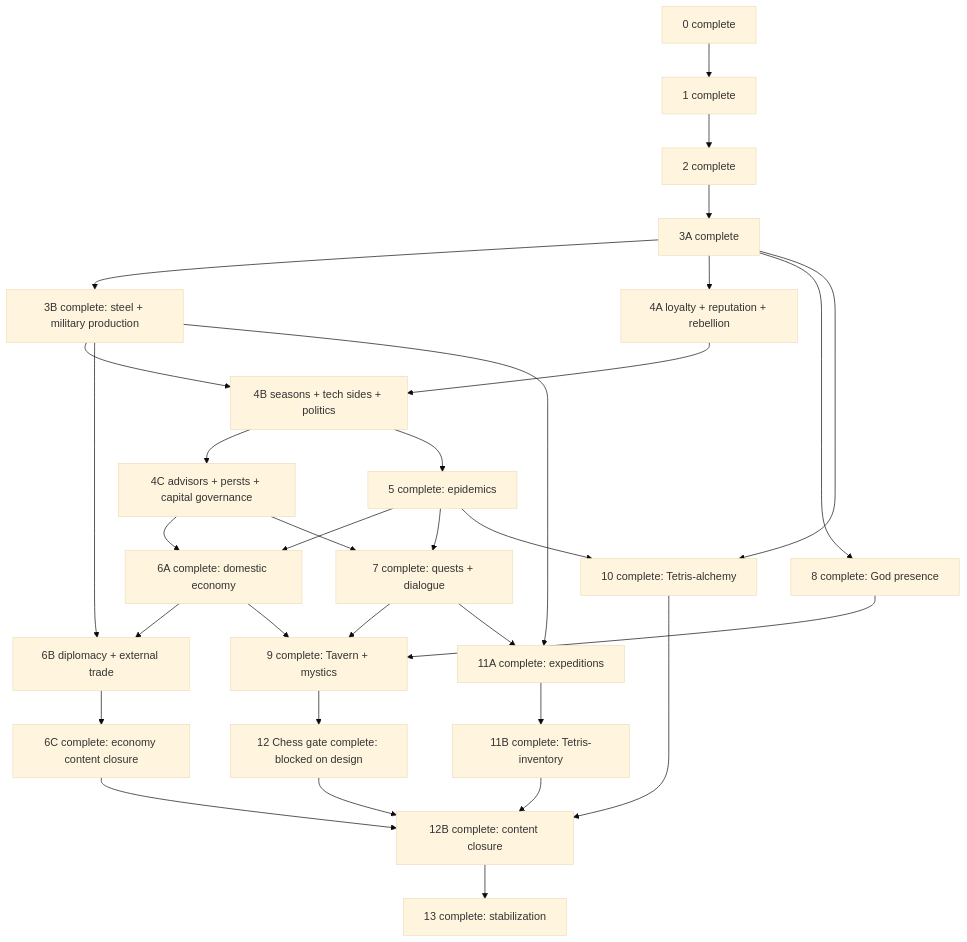
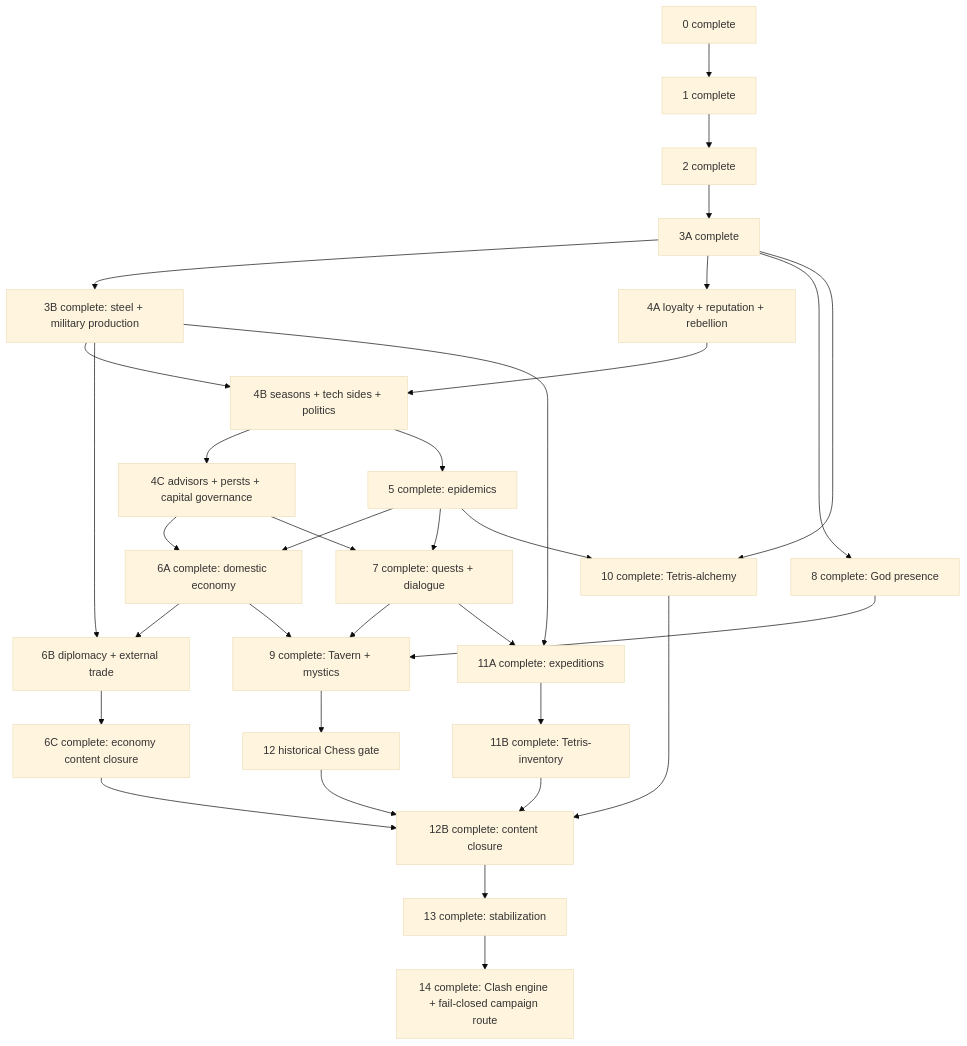
The diagram in plans/empires-endgame/README.md (akulihin/King-of-the-Garbage-Hill), drawn with Mermaid (base theme) before and after one commit. The commit also changed other lines of this file and 100 other files, not shown here.

````diff
--- a/plans/empires-endgame/README.md
+++ b/plans/empires-endgame/README.md
@@ -134,34 +184,35 @@
 ```mermaid
 graph TD
   P0[0 complete] --> P1[1 complete]
   P1 --> P2[2 complete]
   P2 --> P3A[3A complete]
   P3A --> P3B[3B complete: steel + military production]
   P3A --> P4A[4A loyalty + reputation + rebellion]
   P3B --> P4B[4B seasons + tech sides + politics]
   P4A --> P4B
   P4B --> P4C[4C advisors + persts + capital governance]
   P4B --> P5[5 complete: epidemics]
   P4C --> P6A[6A complete: domestic economy]
   P5 --> P6A
   P3B --> P6B[6B diplomacy + external trade]
   P6A --> P6B
   P6B --> P6C[6C complete: economy content closure]
   P5 --> P7[7 complete: quests + dialogue]
   P4C --> P7
   P3A --> P8[8 complete: God presence]
   P6A --> P9[9 complete: Tavern + mystics]
   P7 --> P9
   P8 --> P9
   P3A --> P10[10 complete: Tetris-alchemy]
   P5 --> P10
   P3B --> P11A[11A complete: expeditions]
   P7 --> P11A
   P11A --> P11B[11B complete: Tetris-inventory]
-  P9 --> P12[12 Chess gate complete: blocked on design]
+  P9 --> P12[12 historical Chess gate]
   P6C --> P12B[12B complete: content closure]
   P10 --> P12B
   P11B --> P12B
   P12 --> P12B
   P12B --> P13[13 complete: stabilization]
+  P13 --> P14[14 complete: Clash engine + fail-closed campaign route]
 ```
````
